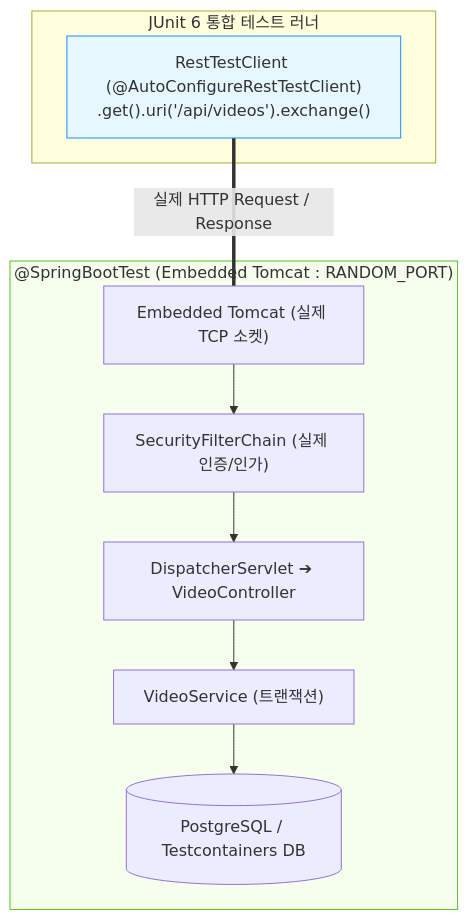
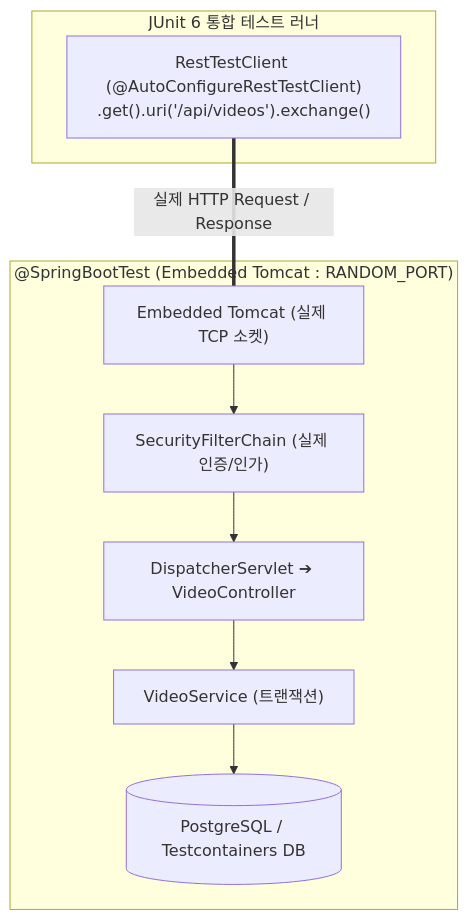
Before and after one commit to sing-u8/Learning_Spring_Boot_4: the diagram in spring-boot-notes/08-testing/06-rest-test-client-and-integration.md, drawn with Mermaid. The commit also changed 5 other files, not shown here.

Commit message:
fix(diagrams): remove hardcoded bright pastel styles for optimal dark mode readability

````diff
--- a/spring-boot-notes/08-testing/06-rest-test-client-and-integration.md
+++ b/spring-boot-notes/08-testing/06-rest-test-client-and-integration.md
@@ -40,21 +40,18 @@
 ```mermaid
 flowchart TD
     subgraph TestRunner ["JUnit 6 통합 테스트 러너"]
         Client["RestTestClient (@AutoConfigureRestTestClient)<br/>.get().uri('/api/videos').exchange()"]
     end
 
     subgraph FullServer ["@SpringBootTest (Embedded Tomcat : RANDOM_PORT)"]
         Tomcat["Embedded Tomcat (실제 TCP 소켓)"]
         Security["SecurityFilterChain (실제 인증/인가)"]
         MVC["DispatcherServlet ➔ VideoController"]
         Service["VideoService (트랜잭션)"]
         DB[("PostgreSQL / Testcontainers DB")]
         
         Tomcat --> Security --> MVC --> Service --> DB
     end
 
     Client ===|실제 HTTP Request / Response| Tomcat
-
-    style Client fill:#e6f7ff,stroke:#1890ff
-    style FullServer fill:#f6ffed,stroke:#52c41a
 ```
````
